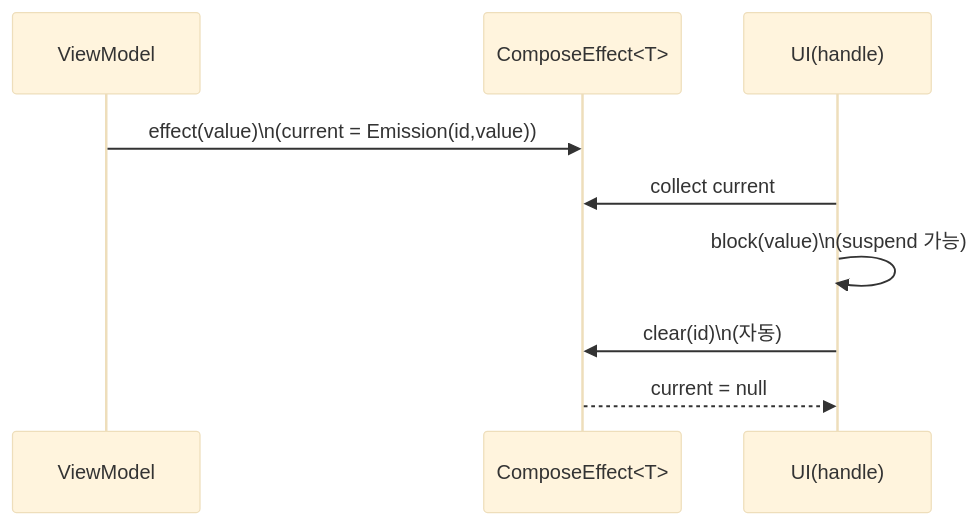
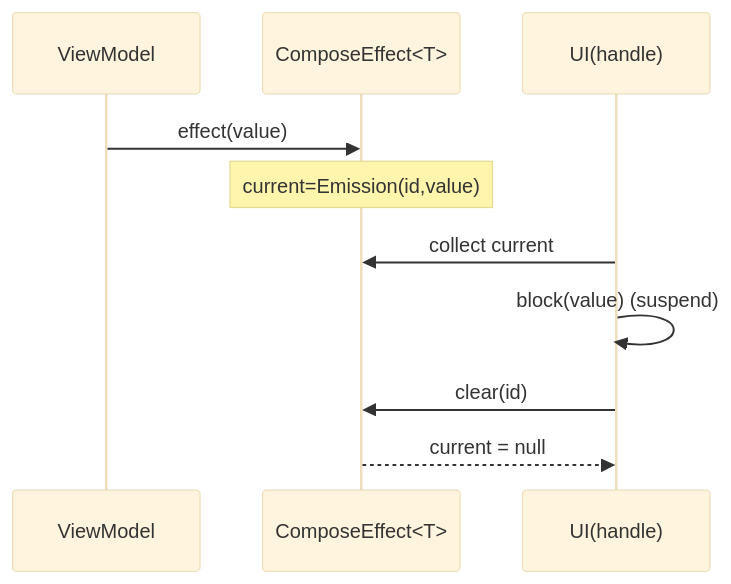
One commit to kez-lab/kez-lab.github.io changed the second of 3 diagrams in _posts/2026/02/2026-02-17-viewmodel-single-event.md. Above: the diagram before and after it, drawn with Mermaid (base theme). The commit also changed other lines of this file, not shown here.

Commit message:
fix: remove escaped newlines from mermaid diagrams

````diff
--- a/_posts/2026/02/2026-02-17-viewmodel-single-event.md
+++ b/_posts/2026/02/2026-02-17-viewmodel-single-event.md
@@ -119,12 +125,13 @@
 ```mermaid
 sequenceDiagram
   participant VM as ViewModel
   participant CE as ComposeEffect<T>
   participant UI as UI(handle)
 
-  VM->>CE: effect(value)\n(current = Emission(id,value))
+  VM->>CE: effect(value)
+  Note over CE: current=Emission(id,value)
   UI->>CE: collect current
-  UI->>UI: block(value)\n(suspend 가능)
-  UI->>CE: clear(id)\n(자동)
+  UI->>UI: block(value) (suspend)
+  UI->>CE: clear(id)
   CE-->>UI: current = null
 ```
````
